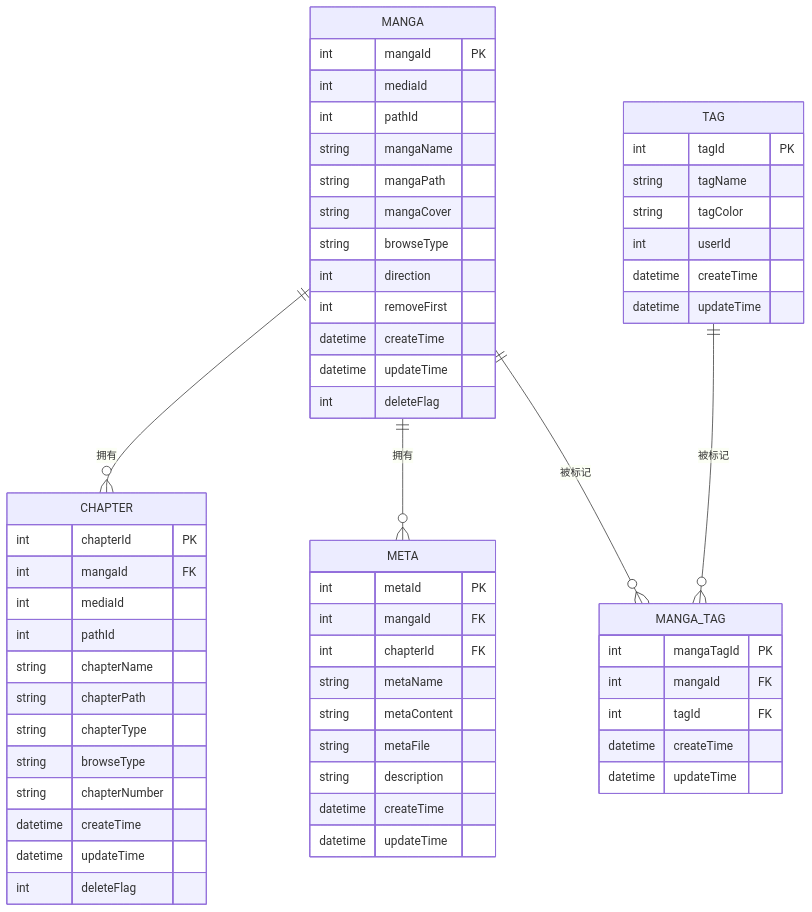
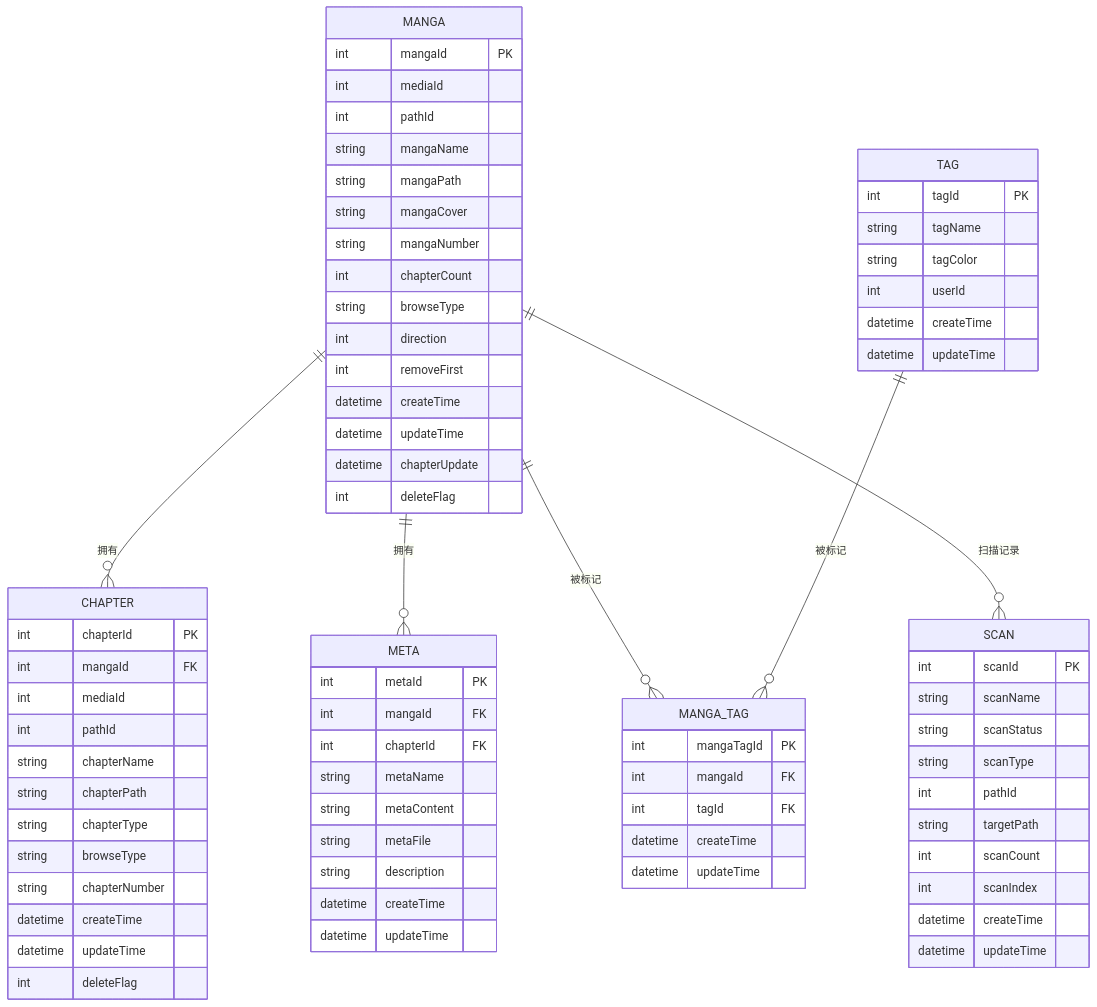
One commit to lkw199711/smanga-adonis changed the third of 9 diagrams in .qoder/repowiki/zh/content/核心功能模块/漫画管理模块/漫画管理模块.md. Above: the diagram before and after it, drawn with Mermaid. The commit also changed other lines of this file and 8 other files, not shown here.

````diff
--- a/.qoder/repowiki/zh/content/核心功能模块/漫画管理模块/漫画管理模块.md
+++ b/.qoder/repowiki/zh/content/核心功能模块/漫画管理模块/漫画管理模块.md
@@ -164,61 +200,77 @@
 ```mermaid
 erDiagram
 MANGA {
 int mangaId PK
 int mediaId
 int pathId
 string mangaName
 string mangaPath
 string mangaCover
+string mangaNumber
+int chapterCount
 string browseType
 int direction
 int removeFirst
 datetime createTime
 datetime updateTime
+datetime chapterUpdate
 int deleteFlag
 }
 CHAPTER {
 int chapterId PK
 int mangaId FK
 int mediaId
 int pathId
 string chapterName
 string chapterPath
 string chapterType
 string browseType
 string chapterNumber
 datetime createTime
 datetime updateTime
 int deleteFlag
 }
 META {
 int metaId PK
 int mangaId FK
 int chapterId FK
 string metaName
 string metaContent
 string metaFile
 string description
 datetime createTime
 datetime updateTime
 }
 TAG {
 int tagId PK
 string tagName
 string tagColor
 int userId
 datetime createTime
 datetime updateTime
 }
 MANGA_TAG {
 int mangaTagId PK
 int mangaId FK
 int tagId FK
 datetime createTime
 datetime updateTime
 }
+SCAN {
+int scanId PK
+string scanName
+string scanStatus
+string scanType
+int pathId
+string targetPath
+int scanCount
+int scanIndex
+datetime createTime
+datetime updateTime
+}
 MANGA ||--o{ CHAPTER : "拥有"
 MANGA ||--o{ META : "拥有"
 MANGA ||--o{ MANGA_TAG : "被标记"
+MANGA ||--o{ SCAN : "扫描记录"
 TAG ||--o{ MANGA_TAG : "被标记"
 ```
````
